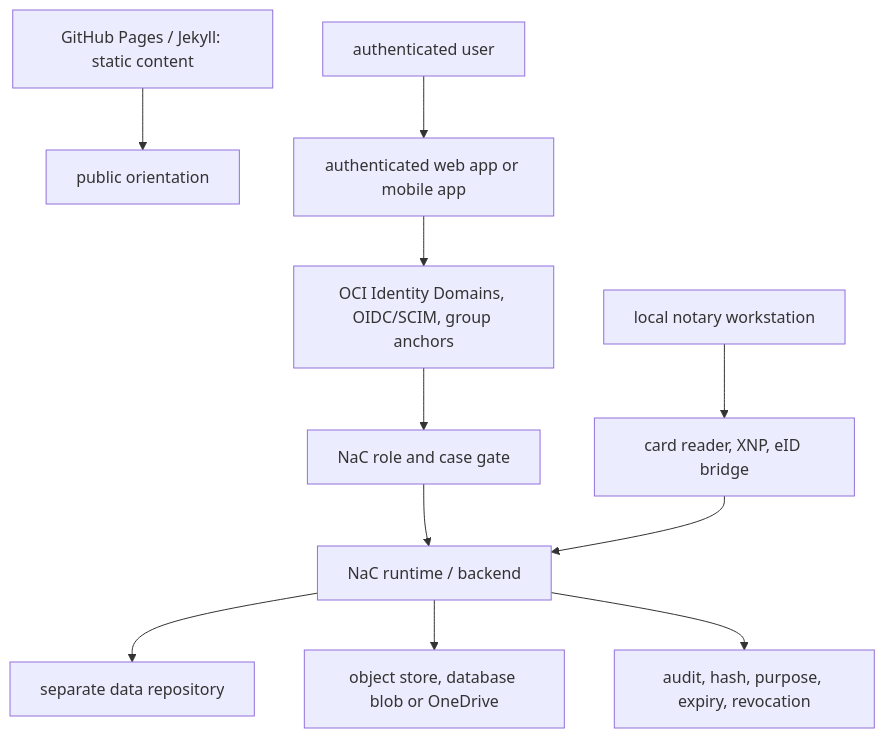
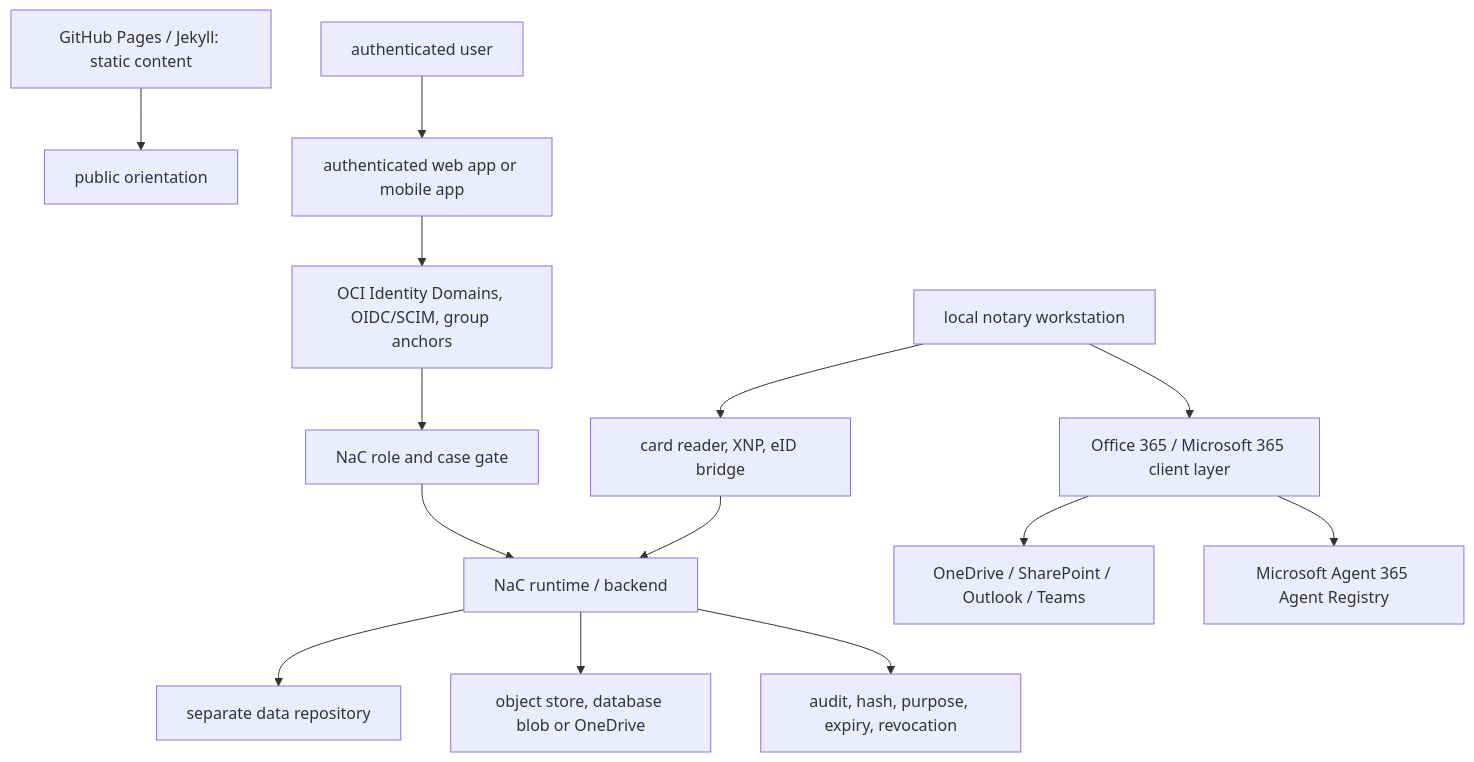
One commit to notariat8/NaC changed the diagram in docs/en/authenticated-webapp-operating-model.md. Above: the diagram before and after it, drawn with Mermaid. The commit also changed other lines of this file and 4 other files, not shown here.

Commit message:
docs: add Office 365 agent registry target architecture

````diff
--- a/docs/en/authenticated-webapp-operating-model.md
+++ b/docs/en/authenticated-webapp-operating-model.md
@@ -29,13 +29,16 @@
 ```mermaid
 flowchart TD
     Static["GitHub Pages / Jekyll: static content"] --> Public["public orientation"]
     User["authenticated user"] --> AuthApp["authenticated web app or mobile app"]
     AuthApp --> OciIdp["OCI Identity Domains, OIDC/SCIM, group anchors"]
     OciIdp --> NacRole["NaC role and case gate"]
     NacRole --> Runtime["NaC runtime / backend"]
     Runtime --> DataRepo["separate data repository"]
     Runtime --> Storage["object store, database blob or OneDrive"]
     Runtime --> Audit["audit, hash, purpose, expiry, revocation"]
+    Workstation --> O365["Office 365 / Microsoft 365 client layer"]
+    O365 --> OneDrive["OneDrive / SharePoint / Outlook / Teams"]
+    O365 --> AgentRegistry["Microsoft Agent 365 Agent Registry"]
     Workstation["local notary workstation"] --> Card["card reader, XNP, eID bridge"]
     Card --> Runtime
 ```
````
